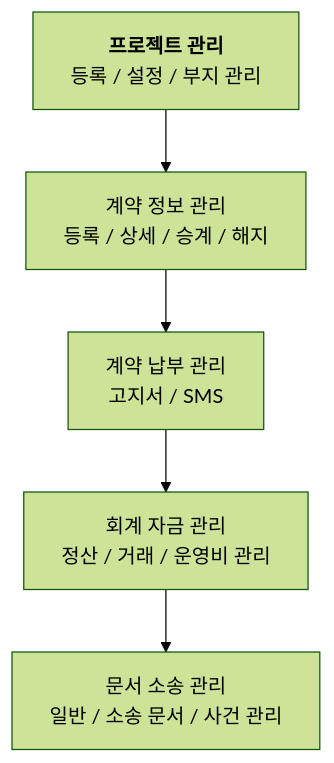
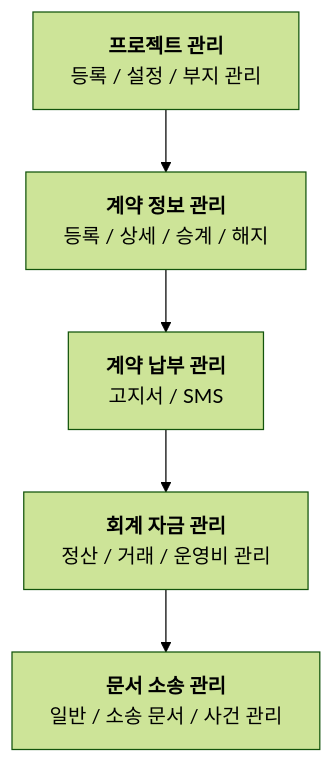
One commit to nc2U/ibs changed the diagram in app/vue/docs/intro/getting-started.md. Above: the diagram before and after it, drawn with Mermaid (forest theme).

````diff
--- a/app/vue/docs/intro/getting-started.md
+++ b/app/vue/docs/intro/getting-started.md
@@ -21,9 +21,9 @@
 ```mermaid
 graph TD
-A[<strong>프로젝트 관리</strong><br/>   등록 / 설정 / 부지 관리   ]
-B[계약 정보 관리<br/> 등록 / 상세 / 승계 / 해지 ]
-C[계약 납부 관리<br/>      고지서 / SMS      ]
-D[회계 자금 관리<br/> 정산 / 거래 / 운영비 관리 ]
-E[문서 소송 관리<br/>일반 / 소송 문서 / 사건 관리]
+A[<strong>프로젝트 관리</strong><br/>등록 / 설정 / 부지 관리]
+B[<strong>계약 정보 관리</strong><br/>등록 / 상세 / 승계 / 해지]
+C[<strong>계약 납부 관리</strong><br/>고지서 / SMS]
+D[<strong>회계 자금 관리</strong><br/>정산 / 거래 / 운영비 관리]
+E[<strong>문서 소송 관리</strong><br/>일반 / 소송 문서 / 사건 관리]
 A --> B --> C --> D --> E
 ```
````
